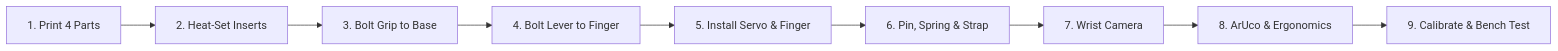
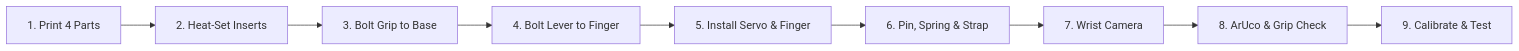
The diagram in docs/03-assembly.md (meisaaczac/sourccey-umi), drawn with Mermaid before and after one commit. The commit also changed other lines of this file and 6 other files, not shown here.

````diff
--- a/docs/03-assembly.md
+++ b/docs/03-assembly.md
@@ -41,11 +41,11 @@
 ```mermaid
 flowchart LR
     S1["1. Print 4 Parts"] --> S2["2. Heat-Set Inserts"]
     S2 --> S3["3. Bolt Grip to Base"]
     S3 --> S4["4. Bolt Lever to Finger"]
     S4 --> S5["5. Install Servo & Finger"]
     S5 --> S6["6. Pin, Spring & Strap"]
     S6 --> S7["7. Wrist Camera"]
-    S7 --> S8["8. ArUco & Ergonomics"]
-    S8 --> S9["9. Calibrate & Bench Test"]
+    S7 --> S8["8. ArUco & Grip Check"]
+    S8 --> S9["9. Calibrate & Test"]
 ```
````
